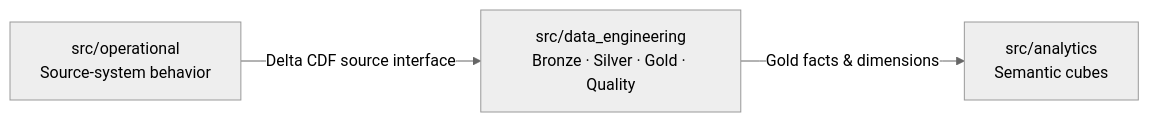
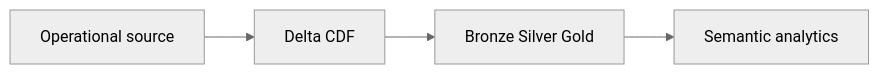
The second of 21 diagrams in README.md (brunolnetto/mro-job-as-code), drawn with Mermaid (neutral theme) before and after one commit. The commit also changed other lines of this file, not shown here.

Commit message:
docs: simplify Mermaid diagrams and collapse README sections

````diff
--- a/README.md
+++ b/README.md
@@ -145,9 +128,6 @@
 ```mermaid
-flowchart LR
-    OP["src/operational<br/>Source-system behavior"]
-    DE["src/data_engineering<br/>Bronze · Silver · Gold · Quality"]
-    AN["src/analytics<br/>Semantic cubes"]
-
-    OP -->|"Delta CDF source interface"| DE
-    DE -->|"Gold facts & dimensions"| AN
+graph LR
+    OP[Operational source] --> CDF[Delta CDF]
+    CDF --> DE[Bronze Silver Gold]
+    DE --> AN[Semantic analytics]
 ```
````
